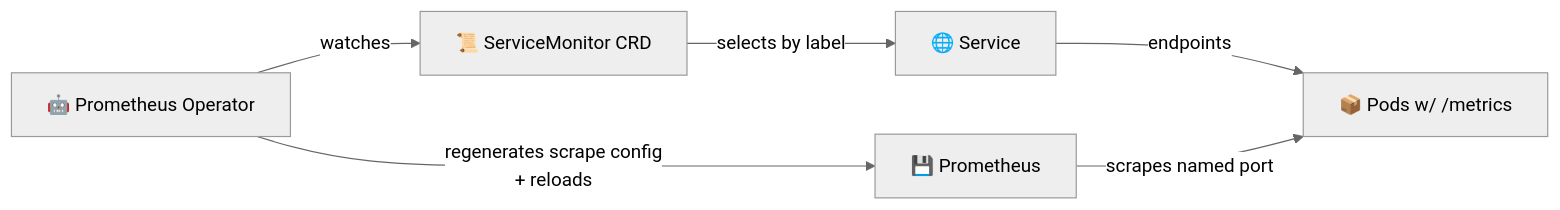
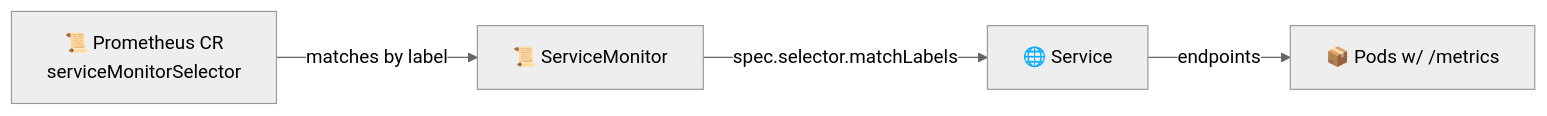
The diagram in labs/lab16.md (inno-devops-labs/DevOps-Core-Course), drawn with Mermaid (neutral theme) before and after one commit. The commit also changed other lines of this file and 20 other files, not shown here.

````diff
--- a/labs/lab16.md
+++ b/labs/lab16.md
@@ -101,8 +202,6 @@
 ```mermaid
 flowchart LR
-  SM[📜 ServiceMonitor CRD] -->|selects by label| SVC[🌐 Service]
+  PROMCR[📜 Prometheus CR<br/>serviceMonitorSelector] -->|matches by label| SM[📜 ServiceMonitor]
+  SM -->|spec.selector.matchLabels| SVC[🌐 Service]
   SVC -->|endpoints| POD[📦 Pods w/ /metrics]
-  OP[🤖 Prometheus Operator] -->|watches| SM
-  OP -->|regenerates scrape config<br/>+ reloads| PROM[💾 Prometheus]
-  PROM -->|scrapes named port| POD
 ```
````
